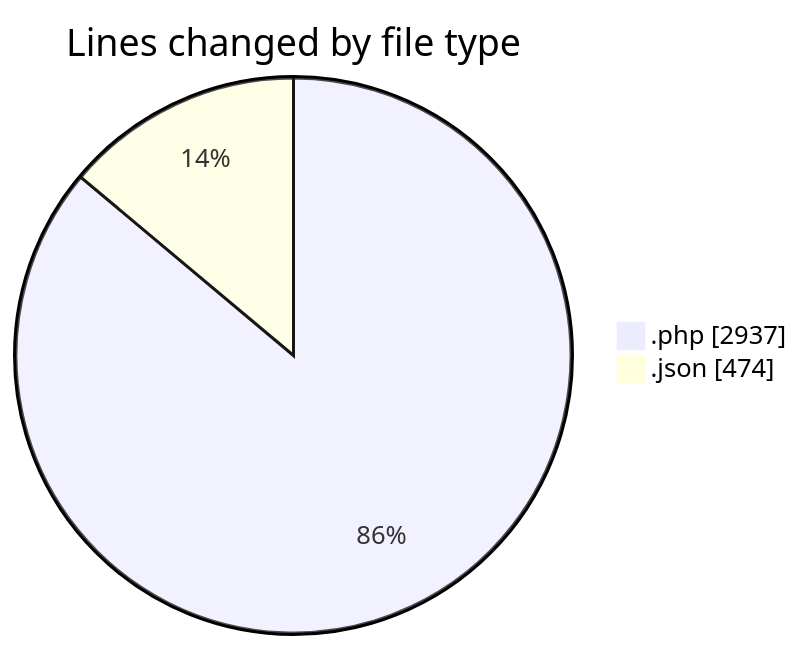
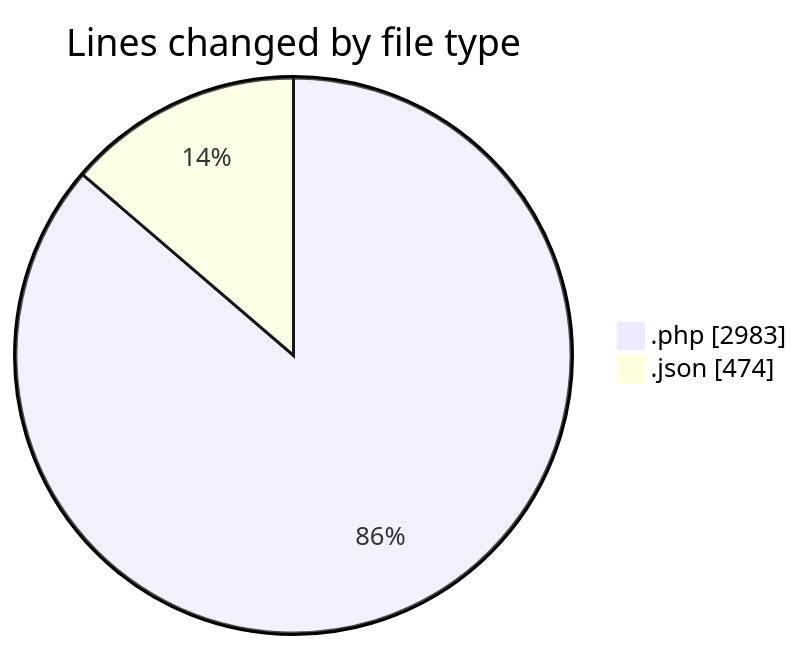
Before and after one commit to idhammustaqopulfikri/code-tracking: the first of 2 diagrams in 2025-06-16/studio-backend/README.md, drawn with Mermaid. The commit also changed other lines of this file and 1 other file, not shown here.

````diff
--- a/2025-06-16/studio-backend/README.md
+++ b/2025-06-16/studio-backend/README.md
@@ -36,6 +36,6 @@
 ```mermaid
 pie showData
 title Lines changed by file type
-".php" : 2937
+".php" : 2983
 ".json" : 474
 ```
````
